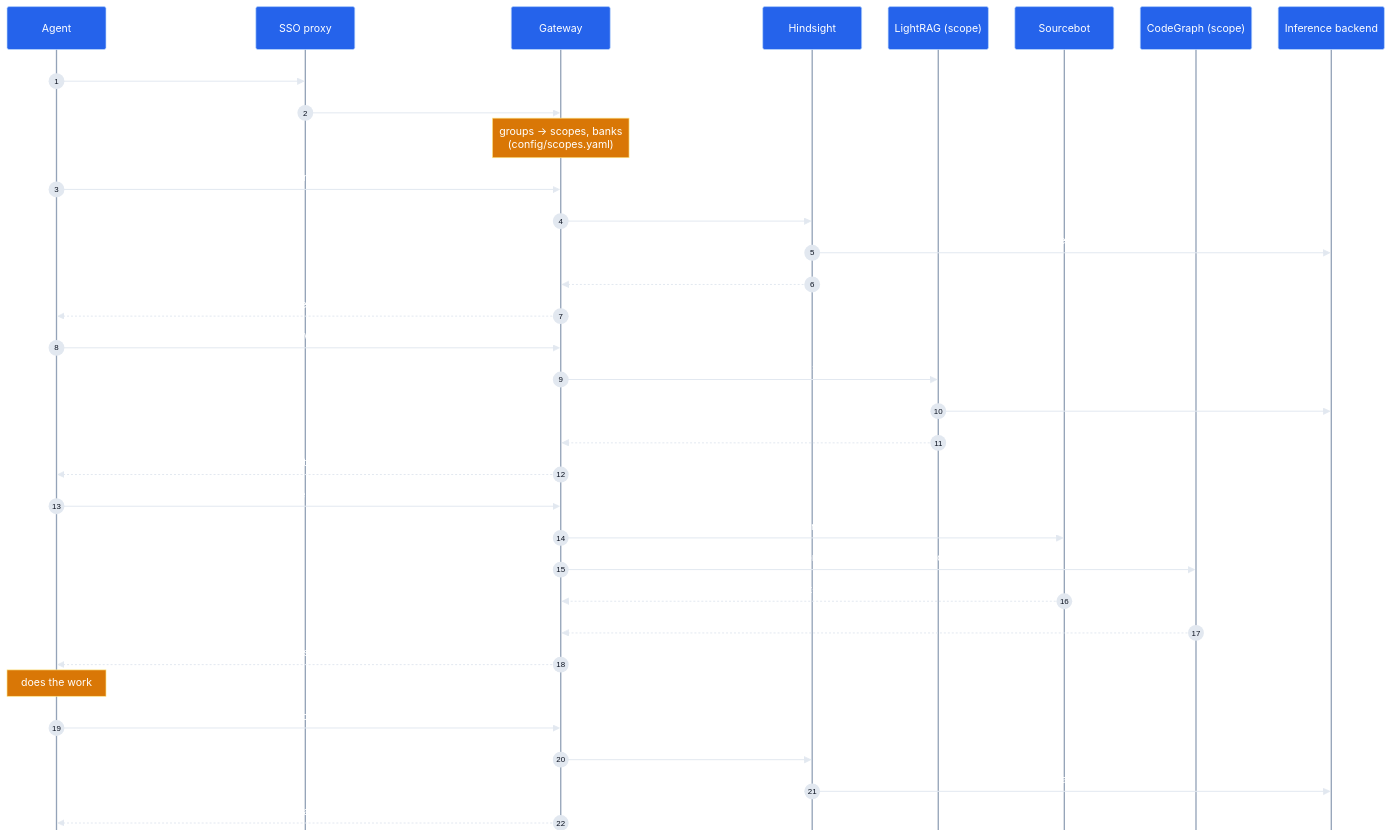
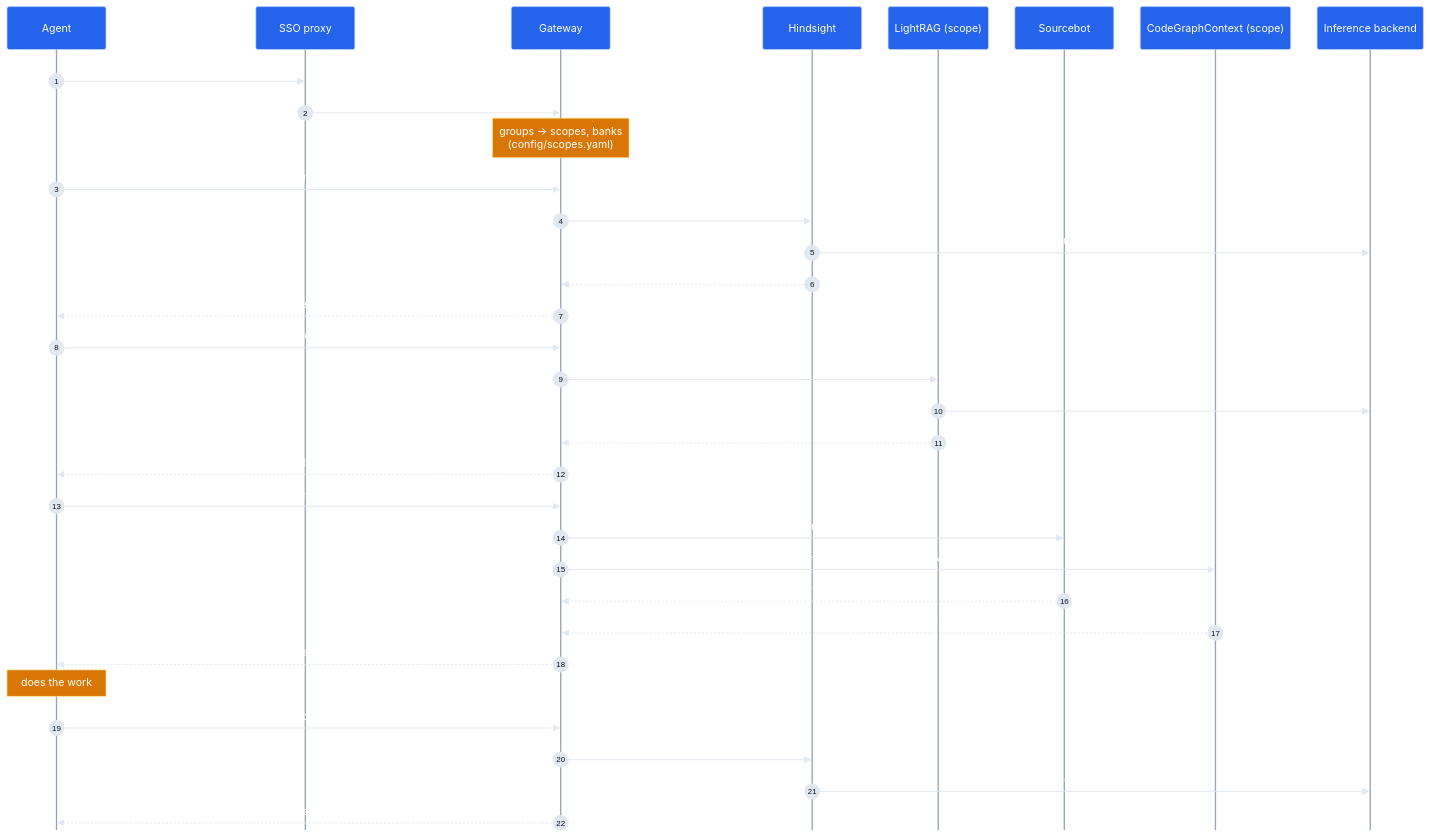
The second of 2 diagrams in docs/ARCHITECTURE.md (cchulo/cerebro), drawn with Mermaid before and after one commit. The commit also changed other lines of this file and 1 other file, not shown here.

Commit message:
docs: clarify that codegraph-* / code_graph are handles for CodeGraphContext

````diff
--- a/docs/ARCHITECTURE.md
+++ b/docs/ARCHITECTURE.md
@@ -138,60 +140,60 @@
 ```mermaid
 %%{init: {
   "theme": "base",
   "themeVariables": {
     "fontFamily": "system-ui, -apple-system, Segoe UI, Roboto, Helvetica, Arial, sans-serif",
     "fontSize": "13px",
     "background": "#0b1220",
     "textColor": "#e2e8f0",
     "actorBkg": "#2563eb", "actorBorder": "#bfdbfe", "actorTextColor": "#ffffff",
     "actorLineColor": "#94a3b8",
     "signalColor": "#e2e8f0", "signalTextColor": "#ffffff",
     "labelBoxBkgColor": "#334155", "labelBoxBorderColor": "#94a3b8", "labelTextColor": "#f8fafc",
     "loopTextColor": "#f8fafc",
     "noteBkgColor": "#d97706", "noteBorderColor": "#fde68a", "noteTextColor": "#ffffff",
     "activationBkgColor": "#1d4ed8", "activationBorderColor": "#93c5fd",
     "sequenceNumberColor": "#0b1220"
   },
   "sequence": { "mirrorActors": false, "actorMargin": 40, "messageMargin": 34, "boxMargin": 8 }
 }}%%
 sequenceDiagram
     autonumber
     participant A as Agent
     participant P as SSO proxy
     participant G as Gateway
     participant H as Hindsight
     participant L as LightRAG (scope)
     participant S as Sourcebot
-    participant C as CodeGraph (scope)
+    participant C as CodeGraphContext (scope)
     participant M as Inference backend
 
     A->>P: MCP over HTTPS (session cookie / token)
     P->>G: + X-Forwarded-User, X-Forwarded-Groups
     Note over G: groups → scopes, banks<br/>(config/scopes.yaml)
 
     A->>G: recall("prior work on checkout deploys")
     G->>H: POST /banks/user-alice/memories/recall
     H->>M: embed query
     H-->>G: memories
     G-->>A: what was tried, decisions, corrections
 
     A->>G: query_docs("how do we deploy checkout?")
     G->>L: POST /query — only the caller's scopes
     L->>M: retrieve + answer
     L-->>G: answer + references
     G-->>A: answer with source ids
 
     A->>G: search_code / code_graph
     G->>S: query + repo:^…$ filter for the caller's repos
     G->>C: read-only tool inside one allowed scope
     S-->>G: matches (post-filtered again)
     C-->>G: callers, blast radius
     G-->>A: results
 
     Note over A: does the work
 
     A->>G: retain("deployed 2.3.1, runbook rollback flag was wrong")
     G->>H: POST /banks/user-alice/memories (async)
     H->>M: extract facts, embed
     G-->>A: operation id
 ```
````
